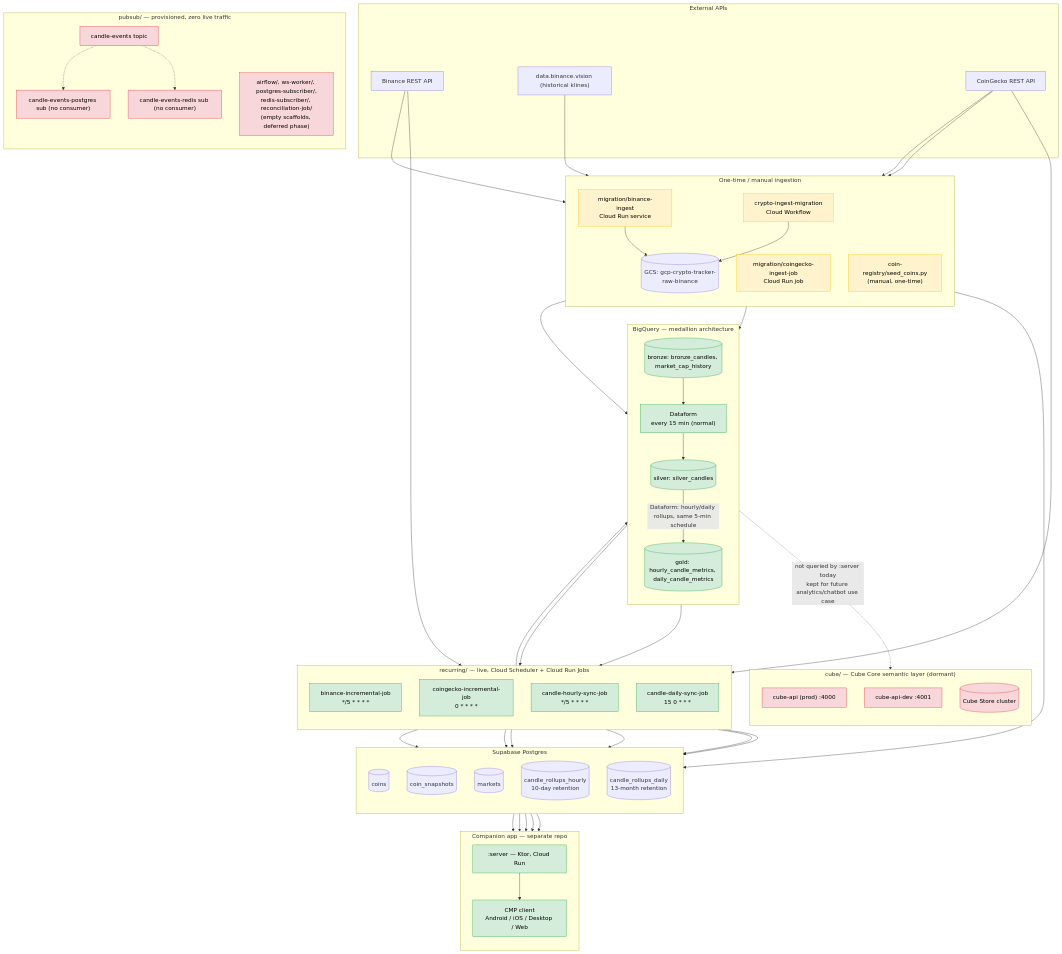
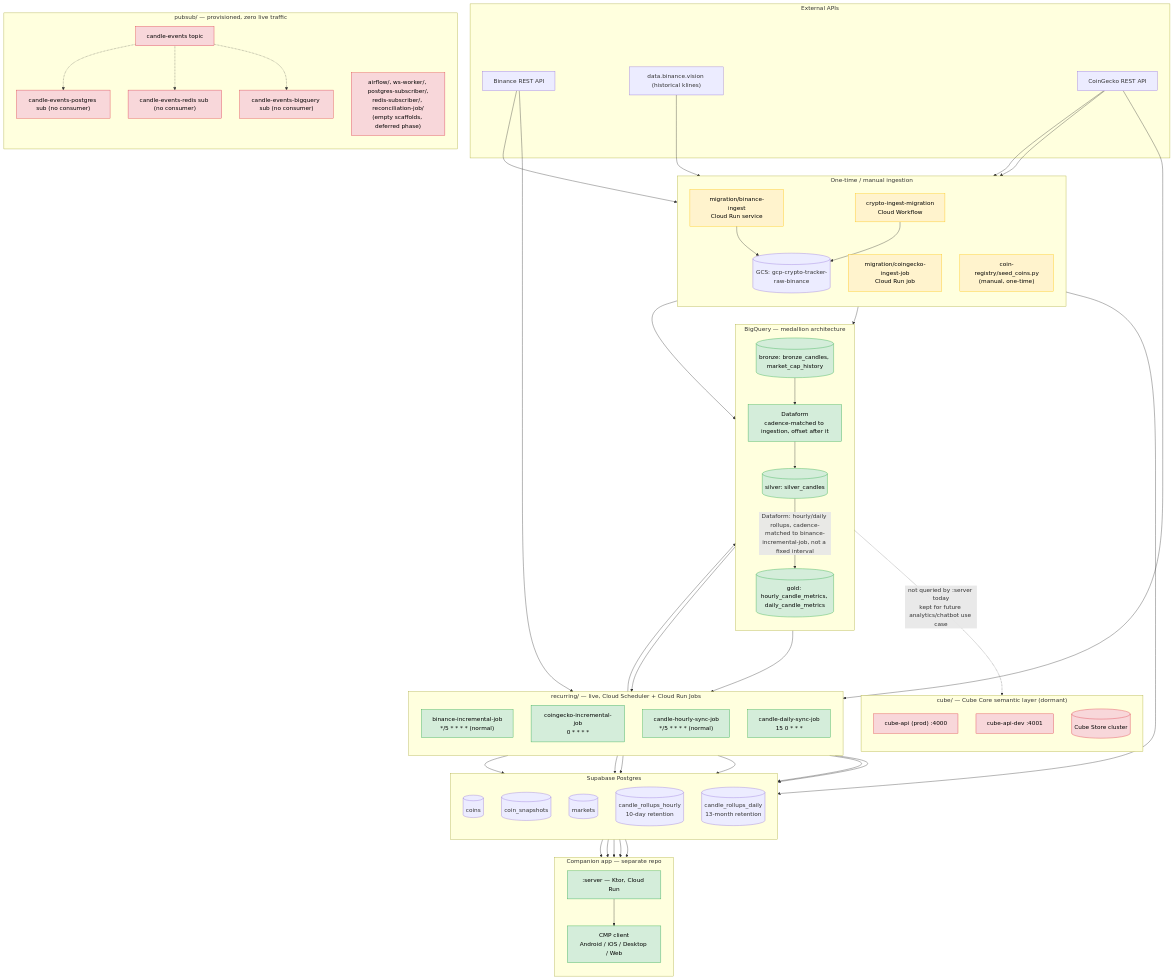
The diagram in README.md (DaironDanilo/cryptotracker-data-platform), drawn with Mermaid before and after one commit. The commit also changed other lines of this file, not shown here.

First paragraph of the commit message:
Fix root README diagram to match live GCP state, verified node by node
Checked every node against real GCP resources rather than assuming the
diagram was still accurate:

````diff
--- a/README.md
+++ b/README.md
@@ -37,16 +42,16 @@
 
     subgraph recurring["recurring/ — live, Cloud Scheduler + Cloud Run Jobs"]
         direction TB
-        binanceIncr["binance-incremental-job<br/>*/5 * * * *"]
+        binanceIncr["binance-incremental-job<br/>*/5 * * * * (normal)"]
         geckoIncr["coingecko-incremental-job<br/>0 * * * *"]
-        hourlySync["candle-hourly-sync-job<br/>*/5 * * * *"]
+        hourlySync["candle-hourly-sync-job<br/>*/5 * * * * (normal)"]
         dailySync["candle-daily-sync-job<br/>15 0 * * *"]
     end
 
     subgraph bq["BigQuery — medallion architecture"]
         direction TB
         bronze[("bronze: bronze_candles, market_cap_history")]
-        dataform["Dataform<br/>every 15 min (normal)"]
+        dataform["Dataform<br/>cadence-matched to ingestion, offset after it"]
         silver[("silver: silver_candles")]
         gold[("gold: hourly_candle_metrics, daily_candle_metrics")]
     end
@@ -72,6 +77,7 @@
         topic["candle-events topic"]
         subPostgres["candle-events-postgres sub (no consumer)"]
         subRedis["candle-events-redis sub (no consumer)"]
+        subBigquery["candle-events-bigquery sub (no consumer)"]
         deferred["airflow/, ws-worker/, postgres-subscriber/,<br/>redis-subscriber/, reconciliation-job/<br/>(empty scaffolds, deferred phase)"]
     end
 
@@ -99,7 +105,7 @@
     geckoAPI --> seedJob --> coinsT
 
     bronze --> dataform --> silver
-    silver -->|Dataform: hourly/daily rollups, same 5-min schedule| gold
+    silver -->|Dataform: hourly/daily rollups, cadence-matched to binance-incremental-job, not a fixed interval| gold
 
     gold --> hourlySync --> hourlyRollup
     gold --> dailySync --> dailyRollup
@@ -108,6 +114,7 @@
 
     topic -.-> subPostgres
     topic -.-> subRedis
+    topic -.-> subBigquery
 
     hourlyRollup --> server
     dailyRollup --> server
@@ -122,5 +129,5 @@
 
     class binanceIncr,geckoIncr,hourlySync,dailySync,dataform,bronze,silver,gold,server,client live
     class migBinance,migGecko,migWorkflow,seedJob manual
-    class cubeProd,cubeDev,cubeStore,topic,subPostgres,subRedis,deferred dormant
+    class cubeProd,cubeDev,cubeStore,topic,subPostgres,subRedis,subBigquery,deferred dormant
 ```
````
